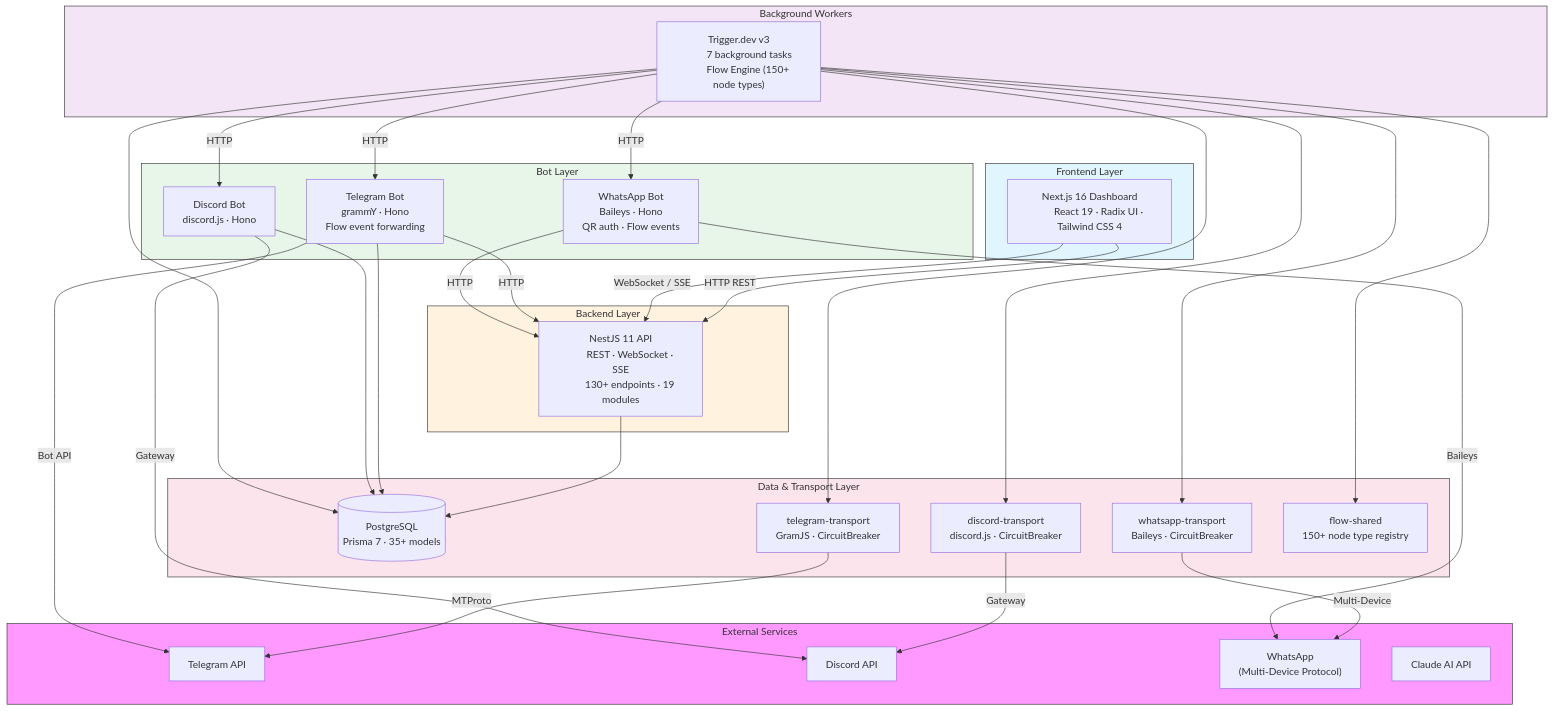
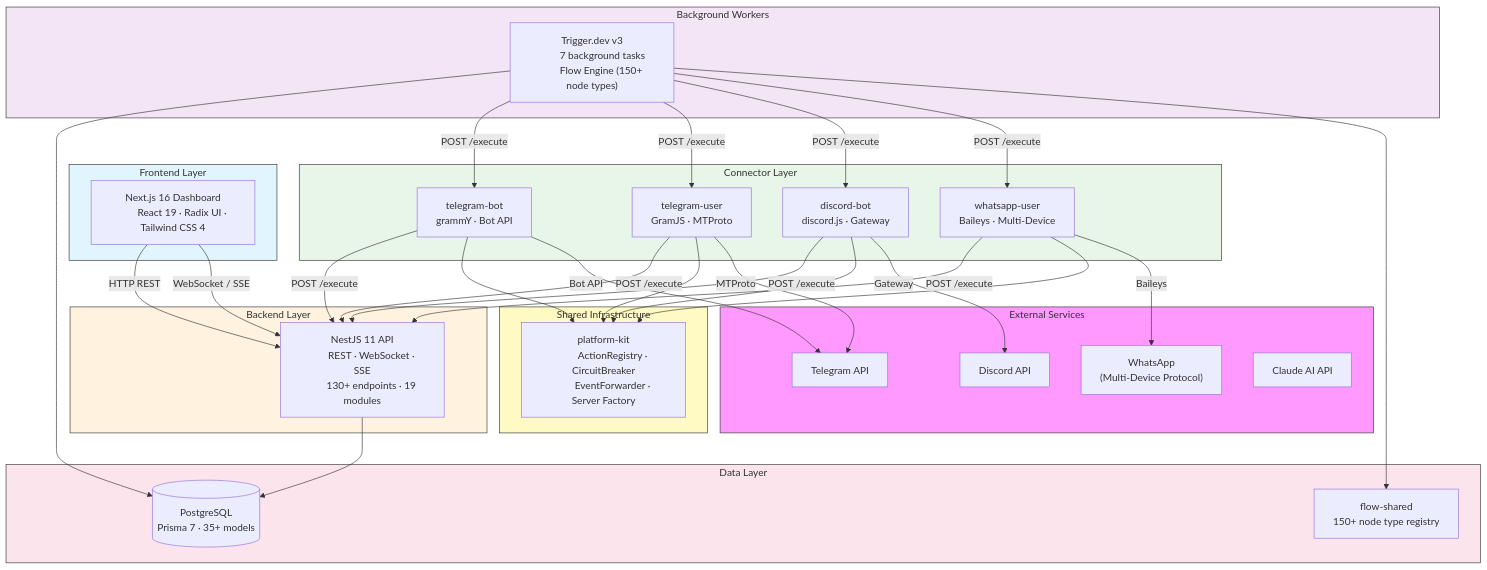
One commit to kolezka/flowbot changed the first of 7 diagrams in README.md. Above: the diagram before and after it, drawn with Mermaid. The commit also changed other lines of this file, not shown here.

Commit message:
docs: update README.md for unified connector architecture

````diff
--- a/README.md
+++ b/README.md
@@ -47,24 +82,30 @@
 
     subgraph Frontend["Frontend Layer"]
         FE["Next.js 16 Dashboard
-        React 19 &middot; Radix UI &middot; Tailwind CSS 4"]
+        React 19 · Radix UI · Tailwind CSS 4"]
     end
 
     subgraph Backend["Backend Layer"]
         API["NestJS 11 API
-        REST &middot; WebSocket &middot; SSE
-        130+ endpoints &middot; 19 modules"]
+        REST · WebSocket · SSE
+        130+ endpoints · 19 modules"]
     end
 
-    subgraph Bots["Bot Layer"]
-        TG_BOT["Telegram Bot
-        grammY &middot; Hono
-        Flow event forwarding"]
-        DB_BOT["Discord Bot
-        discord.js &middot; Hono"]
-        WA_BOT["WhatsApp Bot
-        Baileys &middot; Hono
-        QR auth &middot; Flow events"]
+    subgraph Connectors["Connector Layer"]
+        TG_BOT["telegram-bot
+        grammY · Bot API"]
+        TG_USER["telegram-user
+        GramJS · MTProto"]
+        DC_BOT["discord-bot
+        discord.js · Gateway"]
+        WA_USER["whatsapp-user
+        Baileys · Multi-Device"]
+    end
+
+    subgraph SharedInfra["Shared Infrastructure"]
+        PK["platform-kit
+        ActionRegistry · CircuitBreaker
+        EventForwarder · Server Factory"]
     end
 
     subgraph Workers["Background Workers"]
@@ -73,15 +114,9 @@
         Flow Engine (150+ node types)"]
     end
 
-    subgraph Data["Data & Transport Layer"]
+    subgraph Data["Data Layer"]
         DB[("PostgreSQL
-        Prisma 7 &middot; 35+ models")]
-        TG_TR["telegram-transport
-        GramJS &middot; CircuitBreaker"]
-        DC_TR["discord-transport
-        discord.js &middot; CircuitBreaker"]
-        WA_TR["whatsapp-transport
-        Baileys &middot; CircuitBreaker"]
+        Prisma 7 · 35+ models")]
         FS["flow-shared
         150+ node type registry"]
     end
@@ -90,31 +125,33 @@
     FE -->|"WebSocket / SSE"| API
 
     API --> DB
-    TG_BOT --> DB
-    DB_BOT --> DB
     TRIGGER --> DB
 
-    TG_BOT -->|"HTTP"| API
-    WA_BOT -->|"HTTP"| API
-    TRIGGER -->|"HTTP"| TG_BOT
-    TRIGGER -->|"HTTP"| DB_BOT
-    TRIGGER -->|"HTTP"| WA_BOT
-    TRIGGER --> TG_TR
-    TRIGGER --> DC_TR
-    TRIGGER --> WA_TR
+    TG_BOT -->|"POST /execute"| API
+    TG_USER -->|"POST /execute"| API
+    DC_BOT -->|"POST /execute"| API
+    WA_USER -->|"POST /execute"| API
+
+    TRIGGER -->|"POST /execute"| TG_BOT
+    TRIGGER -->|"POST /execute"| TG_USER
+    TRIGGER -->|"POST /execute"| DC_BOT
+    TRIGGER -->|"POST /execute"| WA_USER
     TRIGGER --> FS
 
-    TG_TR -->|"MTProto"| TG
-    DC_TR -->|"Gateway"| DC
-    WA_TR -->|"Multi-Device"| WA
+    TG_BOT & TG_USER --> PK
+    DC_BOT --> PK
+    WA_USER --> PK
+
     TG_BOT -->|"Bot API"| TG
-    DB_BOT -->|"Gateway"| DC
-    WA_BOT -->|"Baileys"| WA
+    TG_USER -->|"MTProto"| TG
+    DC_BOT -->|"Gateway"| DC
+    WA_USER -->|"Baileys"| WA
 
     style External fill:#f9f,stroke:#333,stroke-width:1px
     style Frontend fill:#e1f5fe,stroke:#333,stroke-width:1px
     style Backend fill:#fff3e0,stroke:#333,stroke-width:1px
-    style Bots fill:#e8f5e9,stroke:#333,stroke-width:1px
+    style Connectors fill:#e8f5e9,stroke:#333,stroke-width:1px
+    style SharedInfra fill:#fff9c4,stroke:#333,stroke-width:1px
     style Workers fill:#f3e5f5,stroke:#333,stroke-width:1px
     style Data fill:#fce4ec,stroke:#333,stroke-width:1px
 ```
````
